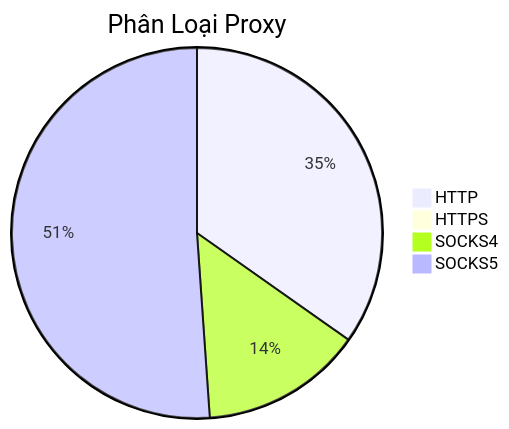
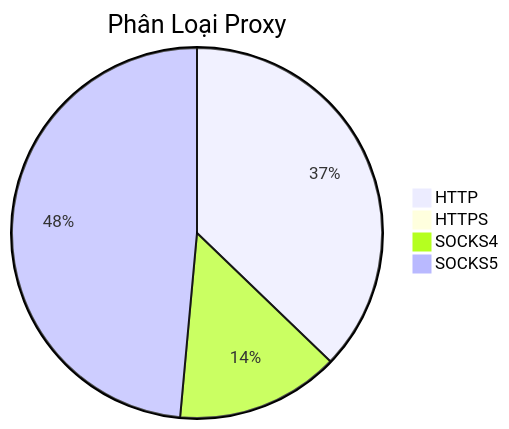
The diagram in README.md (Ciara-Aa/PROXY-free), drawn with Mermaid before and after one commit. The commit also changed other lines of this file and 4 other files, not shown here.

````diff
--- a/README.md
+++ b/README.md
@@ -26,7 +26,7 @@
 ```mermaid
 pie title Phân Loại Proxy
     "HTTP" : 741
-    "HTTPS" : 5
-    "SOCKS4" : 301
-    "SOCKS5" : 1089
+    "HTTPS" : 3
+    "SOCKS4" : 284
+    "SOCKS5" : 967
 ```
````
